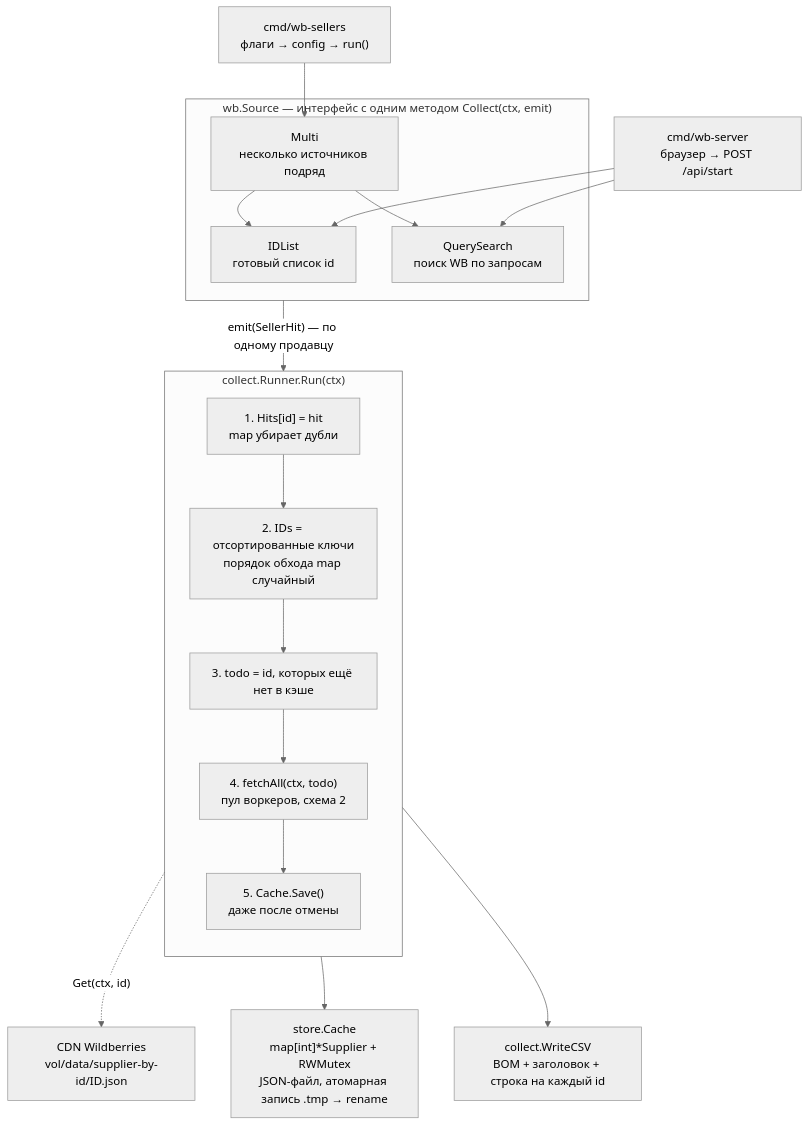
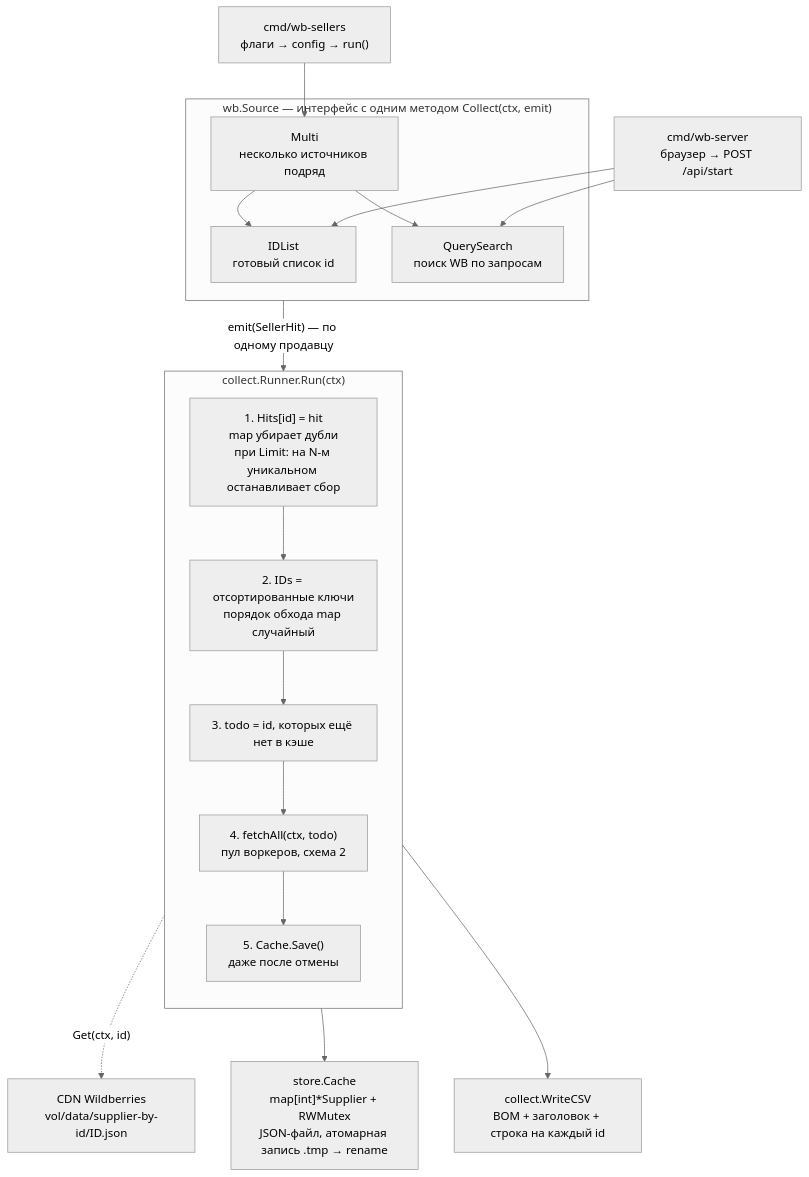
One commit to OkaneKatsuro/go-wb changed the second of 7 diagrams in README.md. Above: the diagram before and after it, drawn with Mermaid (neutral theme). The commit also changed other lines of this file, not shown here.

Commit message:
docs: отразить -limit на схемах потока данных и контекста

````diff
--- a/README.md
+++ b/README.md
@@ -47,33 +47,33 @@
 ```mermaid
 flowchart TD
     CLI["cmd/wb-sellers<br/>флаги → config → run()"]
     SRV["cmd/wb-server<br/>браузер → POST /api/start"]
 
     subgraph SOURCE["wb.Source — интерфейс с одним методом Collect(ctx, emit)"]
         IDL["IDList<br/>готовый список id"]
         QS["QuerySearch<br/>поиск WB по запросам"]
         MULTI["Multi<br/>несколько источников подряд"]
     end
 
     CLI --> MULTI
     MULTI --> IDL
     MULTI --> QS
     SRV --> IDL
     SRV --> QS
 
     SOURCE -->|"emit(SellerHit) — по одному продавцу"| RUN
 
     subgraph RUN["collect.Runner.Run(ctx)"]
         direction TB
-        H["1. Hits[id] = hit<br/>map убирает дубли"]
+        H["1. Hits[id] = hit<br/>map убирает дубли<br/>при Limit: на N-м уникальном останавливает сбор"]
         I["2. IDs = отсортированные ключи<br/>порядок обхода map случайный"]
         T["3. todo = id, которых ещё нет в кэше"]
         F["4. fetchAll(ctx, todo)<br/>пул воркеров, схема 2"]
         S["5. Cache.Save()<br/>даже после отмены"]
         H --> I --> T --> F --> S
     end
 
     RUN --> CACHE["store.Cache<br/>map[int]*Supplier + RWMutex<br/>JSON-файл, атомарная запись .tmp → rename"]
     RUN --> CSV["collect.WriteCSV<br/>BOM + заголовок + строка на каждый id"]
     F -.->|"Get(ctx, id)"| CDN["CDN Wildberries<br/>vol/data/supplier-by-id/ID.json"]
 ```
````
